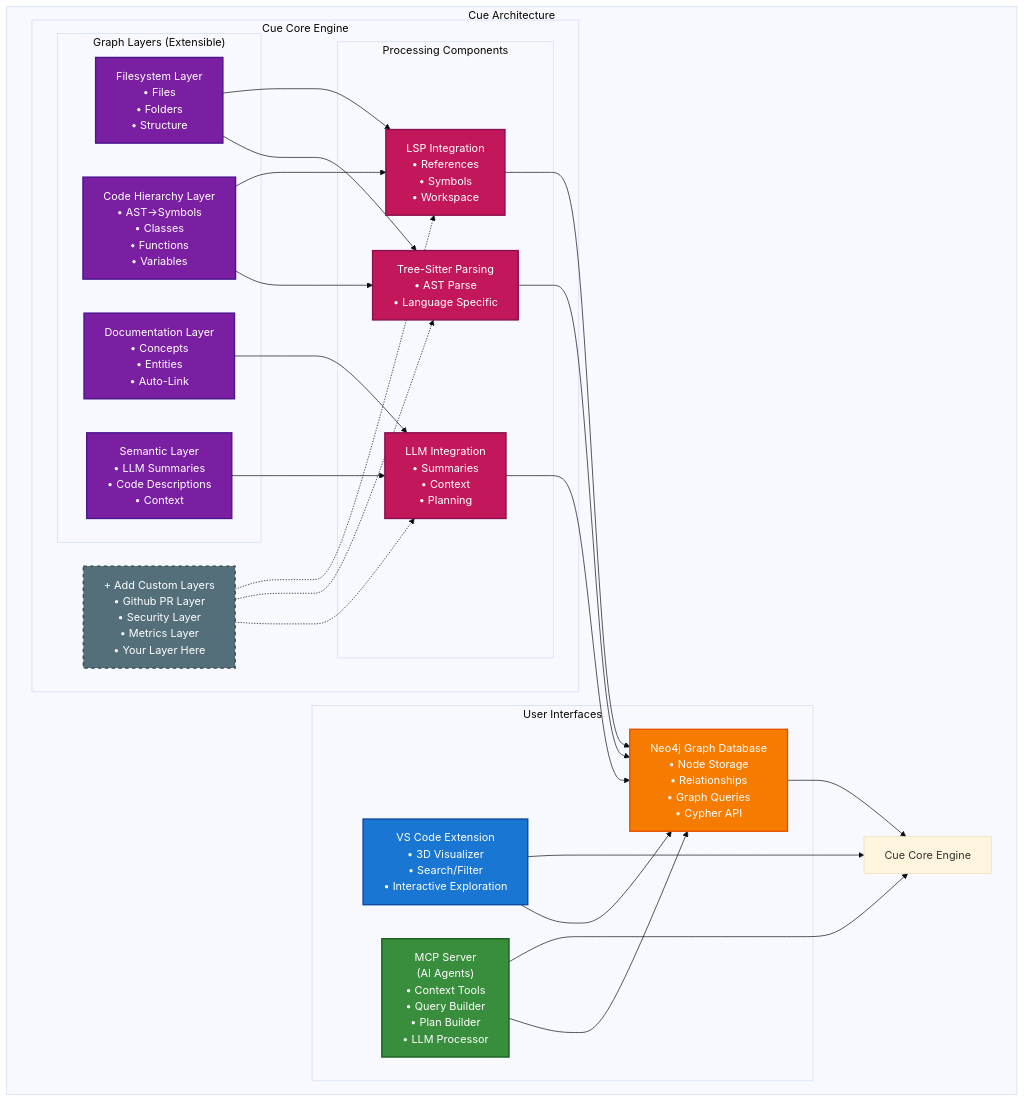
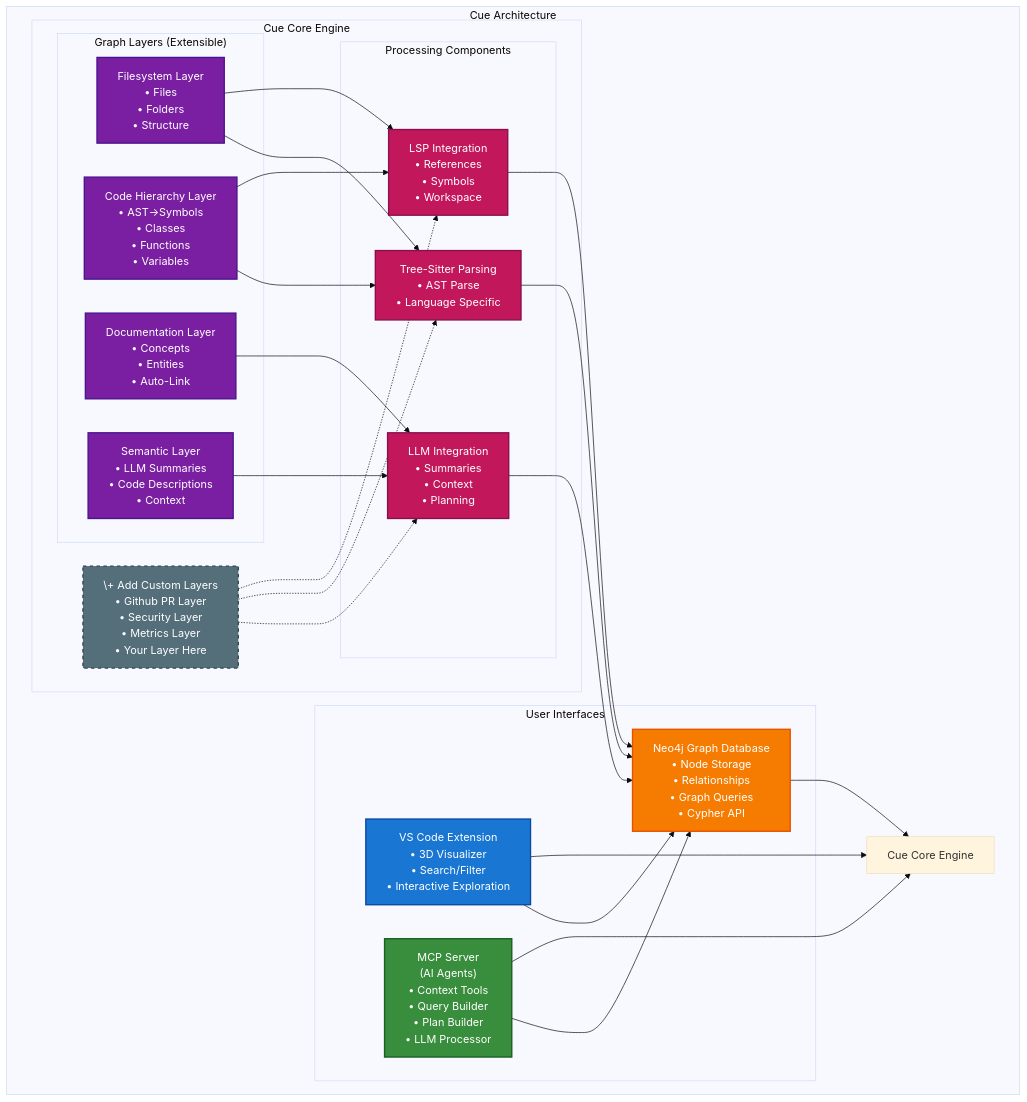
One commit to rysweet/cue changed the diagram in README.md. Above: the diagram before and after it, drawn with Mermaid. The commit also changed other lines of this file, not shown here.

````diff
--- a/README.md
+++ b/README.md
@@ -22,60 +22,60 @@
 ```mermaid
 %%{init: {'theme':'base', 'themeVariables': { 'fontSize': '16px'}}}%%
 graph TB
     subgraph "Cue Architecture"
         subgraph "User Interfaces"
             VSCode["VS Code Extension<br/>• 3D Visualizer<br/>• Search/Filter<br/>• Interactive Exploration"]
             MCP["MCP Server<br/>(AI Agents)<br/>• Context Tools<br/>• Query Builder<br/>• Plan Builder<br/>• LLM Processor"]
             Neo4j["Neo4j Graph Database<br/>• Node Storage<br/>• Relationships<br/>• Graph Queries<br/>• Cypher API"]
         end
         
         subgraph "Cue Core Engine"
             subgraph "Graph Layers (Extensible)"
                 FS["Filesystem Layer<br/>• Files<br/>• Folders<br/>• Structure"]
                 CH["Code Hierarchy Layer<br/>• AST→Symbols<br/>• Classes<br/>• Functions<br/>• Variables"]
                 DOC["Documentation Layer<br/>• Concepts<br/>• Entities<br/>• Auto-Link"]
                 SEM["Semantic Layer<br/>• LLM Summaries<br/>• Code Descriptions<br/>• Context"]
             end
             
             subgraph "Processing Components"
                 LSP["LSP Integration<br/>• References<br/>• Symbols<br/>• Workspace"]
                 TS["Tree-Sitter Parsing<br/>• AST Parse<br/>• Language Specific"]
                 LLM["LLM Integration<br/>• Summaries<br/>• Context<br/>• Planning"]
             end
             
-            EXT["+ Add Custom Layers<br/>• Github PR Layer<br/>• Security Layer<br/>• Metrics Layer<br/>• Your Layer Here"]
+            EXT["\+ Add Custom Layers<br/>• Github PR Layer<br/>• Security Layer<br/>• Metrics Layer<br/>• Your Layer Here"]
         end
         
         VSCode --> Core[Cue Core Engine]
         VSCode --> Neo4j
         MCP --> Core
         MCP --> Neo4j
         Neo4j --> Core
         
         FS --> LSP
         FS --> TS
         CH --> LSP
         CH --> TS
         DOC --> LLM
         SEM --> LLM
         EXT -.-> LSP
         EXT -.-> TS
         EXT -.-> LLM
         
         LSP --> Neo4j
         TS --> Neo4j
         LLM --> Neo4j
     end
     
     style VSCode fill:#1976d2,color:#ffffff,stroke:#0d47a1,stroke-width:2px
     style MCP fill:#388e3c,color:#ffffff,stroke:#1b5e20,stroke-width:2px
     style Neo4j fill:#f57c00,color:#ffffff,stroke:#e65100,stroke-width:2px
     style FS fill:#7b1fa2,color:#ffffff,stroke:#4a148c,stroke-width:2px
     style CH fill:#7b1fa2,color:#ffffff,stroke:#4a148c,stroke-width:2px
     style DOC fill:#7b1fa2,color:#ffffff,stroke:#4a148c,stroke-width:2px
     style SEM fill:#7b1fa2,color:#ffffff,stroke:#4a148c,stroke-width:2px
     style EXT fill:#546e7a,color:#ffffff,stroke:#37474f,stroke-width:2px,stroke-dasharray: 5 5
     style LSP fill:#c2185b,color:#ffffff,stroke:#880e4f,stroke-width:2px
     style TS fill:#c2185b,color:#ffffff,stroke:#880e4f,stroke-width:2px
     style LLM fill:#c2185b,color:#ffffff,stroke:#880e4f,stroke-width:2px
 ```
````
